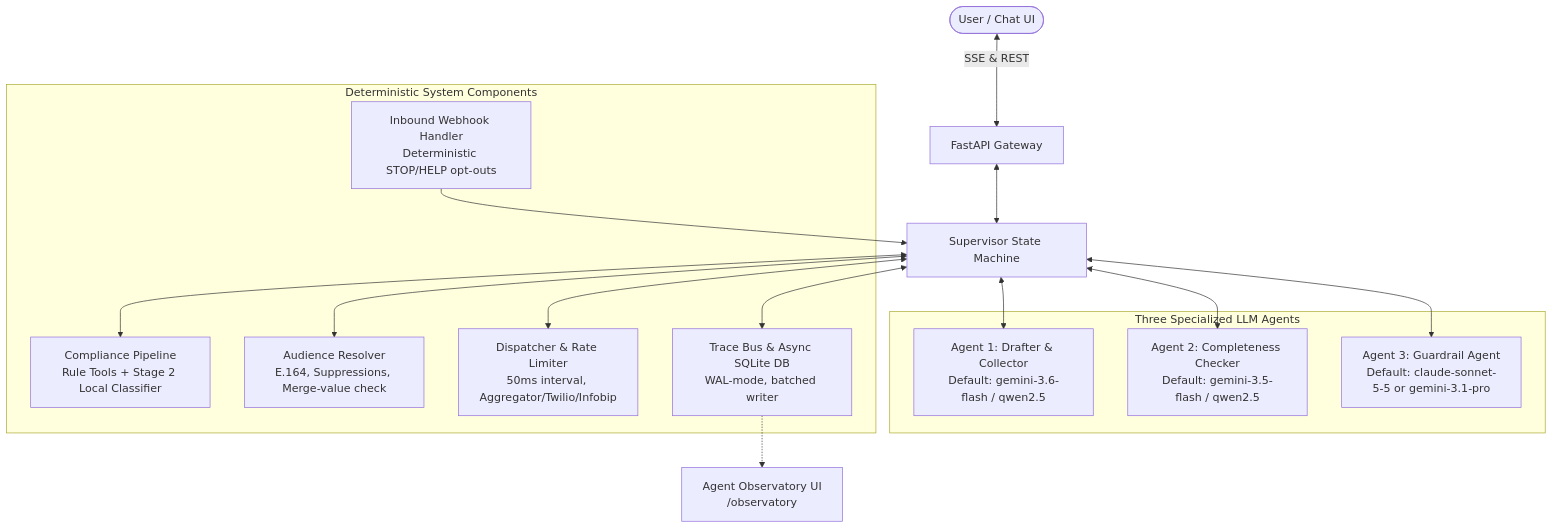
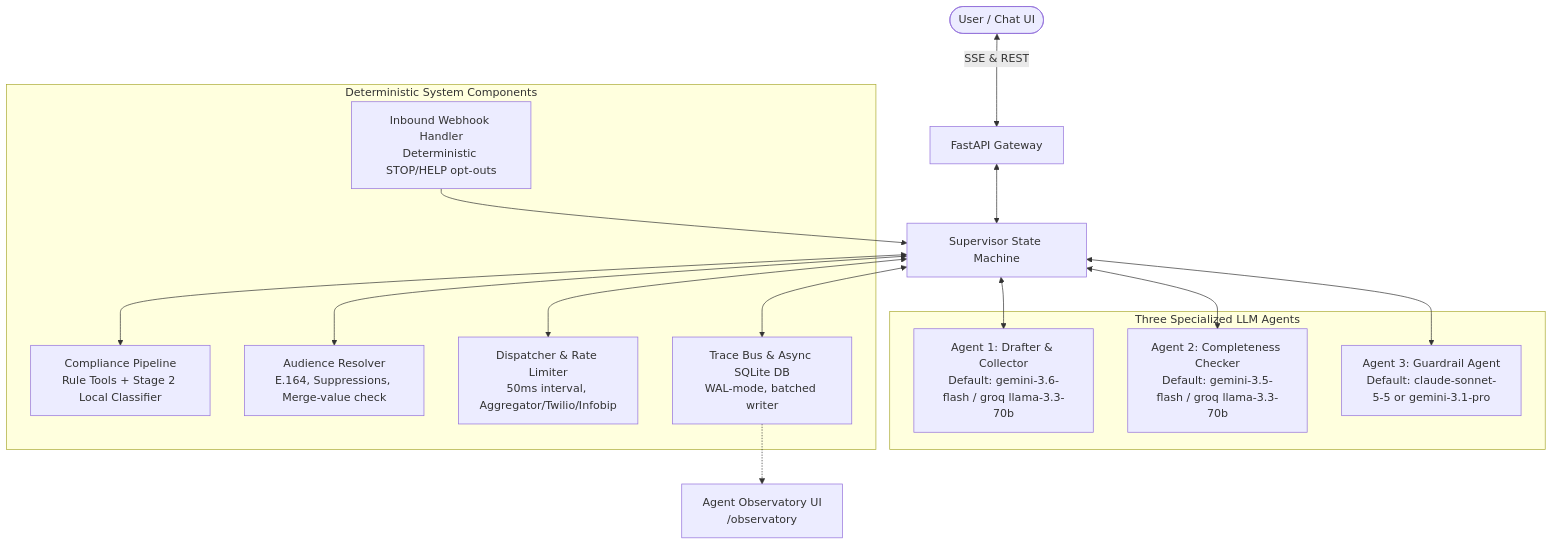
The diagram in docs/ARCHITECTURE_V2.md (Dipesh-MK/CRM-Orchestrator), drawn with Mermaid before and after one commit. The commit also changed other lines of this file and 15 other files, not shown here.

````diff
--- a/docs/ARCHITECTURE_V2.md
+++ b/docs/ARCHITECTURE_V2.md
@@ -10,29 +10,29 @@
 ```mermaid
 flowchart TD
     User([User / Chat UI]) <-->|SSE & REST| API[FastAPI Gateway]
     API <--> Supervisor[Supervisor State Machine]
     
     subgraph Agents [Three Specialized LLM Agents]
-        A1[Agent 1: Drafter & Collector\nDefault: gemini-3.6-flash / qwen2.5]
-        A2[Agent 2: Completeness Checker\nDefault: gemini-3.5-flash / qwen2.5]
+        A1[Agent 1: Drafter & Collector\nDefault: gemini-3.6-flash / groq llama-3.3-70b]
+        A2[Agent 2: Completeness Checker\nDefault: gemini-3.5-flash / groq llama-3.3-70b]
         A3[Agent 3: Guardrail Agent\nDefault: claude-sonnet-5-5 or gemini-3.1-pro]
     end
 
     subgraph DeterministicModules [Deterministic System Components]
         CP[Compliance Pipeline\nRule Tools + Stage 2 Local Classifier]
         AR[Audience Resolver\nE.164, Suppressions, Merge-value check]
         DP[Dispatcher & Rate Limiter\n50ms interval, Aggregator/Twilio/Infobip]
         IH[Inbound Webhook Handler\nDeterministic STOP/HELP opt-outs]
         TB[Trace Bus & Async SQLite DB\nWAL-mode, batched writer]
     end
 
     Supervisor <--> A1
     Supervisor <--> A2
     Supervisor <--> A3
     Supervisor <--> CP
     Supervisor <--> AR
     Supervisor <--> DP
     Supervisor <--> TB
     IH --> Supervisor
     TB -.-> Obs[Agent Observatory UI\n/observatory]
 ```
````
